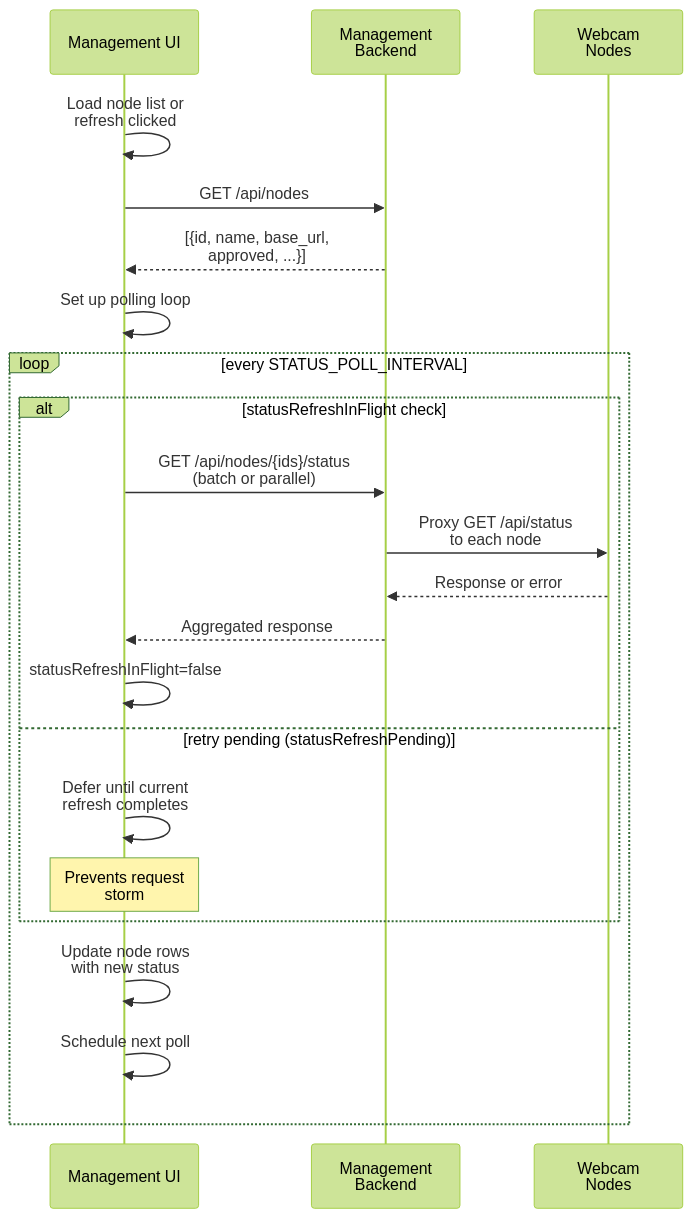
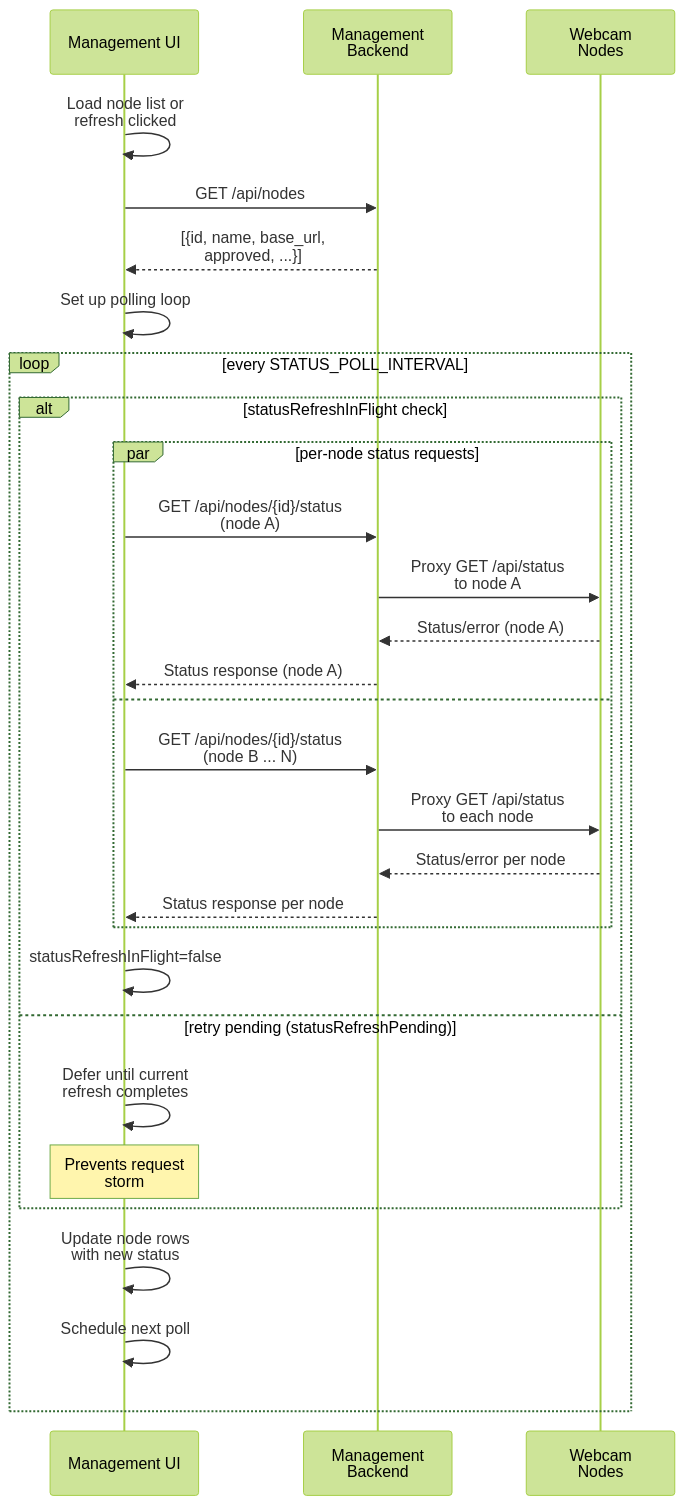
The fourth of 5 diagrams in docs/product/PRD-frontend.md (CyanAutomation/motioninocean), drawn with Mermaid (forest theme) before and after one commit.

Commit message:
docs: align management status polling diagram with per-node status endpoint

````diff
--- a/docs/product/PRD-frontend.md
+++ b/docs/product/PRD-frontend.md
@@ -146,26 +146,33 @@
 ```mermaid
 sequenceDiagram
     participant UI as Management UI
     participant Mgmt as Management<br/>Backend
     participant Nodes as Webcam<br/>Nodes
 
     UI->>UI: Load node list or<br/>refresh clicked
     UI->>Mgmt: GET /api/nodes
     Mgmt-->>UI: [{id, name, base_url,<br/>approved, ...}]
 
     UI->>UI: Set up polling loop
     loop every STATUS_POLL_INTERVAL
         alt statusRefreshInFlight check
-            UI->>Mgmt: GET /api/nodes/{ids}/status<br/>(batch or parallel)
-            Mgmt->>Nodes: Proxy GET /api/status<br/>to each node
-            Nodes-->>Mgmt: Response or error
-            Mgmt-->>UI: Aggregated response
+            par per-node status requests
+                UI->>Mgmt: GET /api/nodes/{id}/status<br/>(node A)
+                Mgmt->>Nodes: Proxy GET /api/status<br/>to node A
+                Nodes-->>Mgmt: Status/error (node A)
+                Mgmt-->>UI: Status response (node A)
+            and
+                UI->>Mgmt: GET /api/nodes/{id}/status<br/>(node B ... N)
+                Mgmt->>Nodes: Proxy GET /api/status<br/>to each node
+                Nodes-->>Mgmt: Status/error per node
+                Mgmt-->>UI: Status response per node
+            end
             UI->>UI: statusRefreshInFlight=false
         else retry pending (statusRefreshPending)
             UI->>UI: Defer until current<br/>refresh completes
             note over UI: Prevents request<br/>storm
         end
         UI->>UI: Update node rows<br/>with new status
         UI->>UI: Schedule next poll
     end
 ```
````
